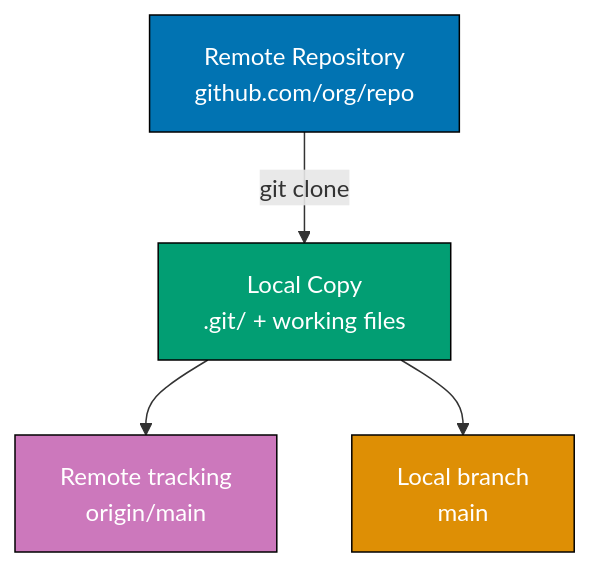
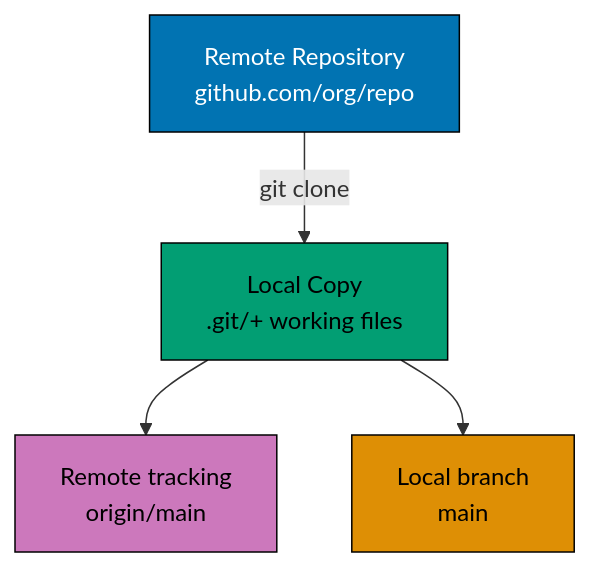
Before and after one commit to wahidyankf/ose-public: the fourth of 6 diagrams in apps/ayokoding-www/content/en/learn/legacy/software-engineering/automation-tools/git/by-example/beginner.md, drawn with Mermaid. The commit also changed other lines of this file and 131 other files, not shown here.

First line of the commit message:
fix(mermaid): bring the legacy data, infrastructure, and testing diagrams onto the accessible palette

````diff
--- a/apps/ayokoding-www/content/en/learn/legacy/software-engineering/automation-tools/git/by-example/beginner.md
+++ b/apps/ayokoding-www/content/en/learn/legacy/software-engineering/automation-tools/git/by-example/beginner.md
@@ -665,11 +684,18 @@
 ```mermaid
 graph TD
-    A["Remote Repository<br/>github.com/org/repo"] -->|git clone| B["Local Copy<br/>.git/ + working files"]
+    accTitle: Example 16: Clone a Remote Repository
+    accDescr: Graph with 4 nodes and 3 connections. Nodes: Remote Repository github.com/org/repo, Local Copy .git/+ working files, Remote tracking origin/main, Local branch main. Connections: Remote Repository github.com/org/repo to Local Copy .git/+ working files (git clone), Local Copy .git/+ working files to Remote tracking origin/main, Local Copy .git/+ working files to Local branch main.
+    A["Remote Repository<br/>github.com/org/repo"] -->|git clone| B["Local Copy<br/>.git/+ working files"]
     B --> C["Remote tracking<br/>origin/main"]
     B --> D["Local branch<br/>main"]
 
-    style A fill:#0173B2,stroke:#000,color:#fff
-    style B fill:#029E73,stroke:#000,color:#fff
-    style C fill:#CC78BC,stroke:#000,color:#fff
-    style D fill:#DE8F05,stroke:#000,color:#fff
+    classDef pal-0173B2 fill:#0173B2,stroke:#000000,color:#FFFFFF
+    class A pal-0173B2
+    classDef pal-029E73 fill:#029E73,stroke:#000000,color:#000000
+    class B pal-029E73
+    classDef pal-CC78BC fill:#CC78BC,stroke:#000000,color:#000000
+    class C pal-CC78BC
+    classDef pal-DE8F05 fill:#DE8F05,stroke:#000000,color:#000000
+    class D pal-DE8F05
+    classDef default fill:#FFFFFF,stroke:#000000,color:#000000
 ```
````
